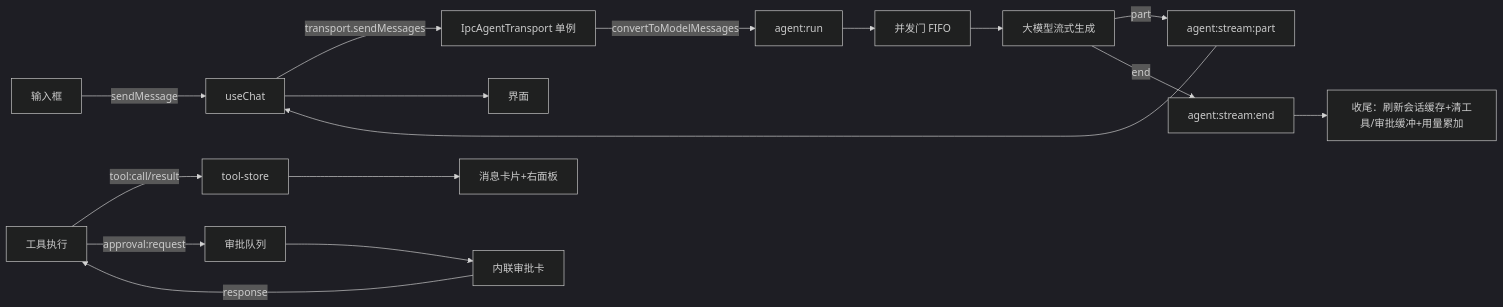
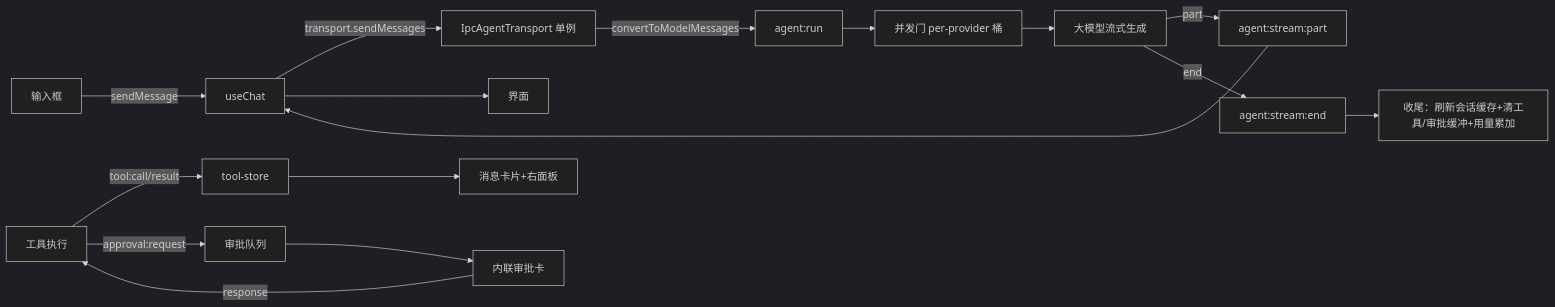
One commit to zlh12331/superagent changed diagram 22 of 22 in docs/design/09-ux-interaction-spec.md. Above: the diagram before and after it, drawn with Mermaid (dark theme). The commit also changed other lines of this file and 1174 other files, not shown here.

````diff
--- a/docs/design/09-ux-interaction-spec.md
+++ b/docs/design/09-ux-interaction-spec.md
@@ -631,11 +631,11 @@
 ```mermaid
 flowchart LR
   IN[输入框] -->|sendMessage| UC[useChat]
   UC -->|transport.sendMessages| TR[IpcAgentTransport 单例]
   TR -->|convertToModelMessages| RUN[agent:run]
-  RUN --> GATE[并发门 FIFO] --> LLM[大模型流式生成]
+  RUN --> GATE[并发门 per-provider 桶] --> LLM[大模型流式生成]
   LLM -->|part| PUSH[agent:stream:part] --> UC --> UI[界面]
   LLM -->|end| END[agent:stream:end] --> FIN[收尾：刷新会话缓存+清工具/审批缓冲+用量累加]
   TOOL[工具执行] -->|tool:call/result| TSTORE[tool-store] --> CARDS[消息卡片+右面板]
   TOOL -->|approval:request| AP[审批队列] --> ICARD[内联审批卡] -->|response| TOOL
 ```
````
